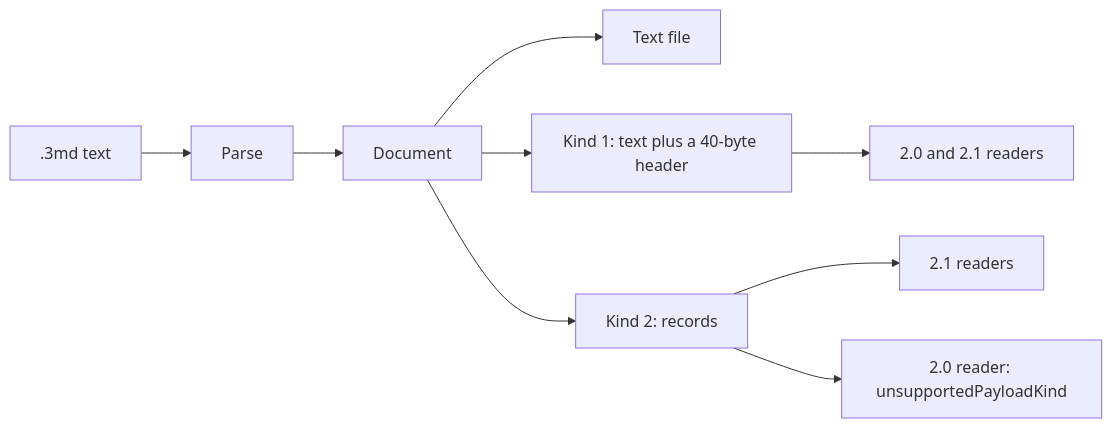
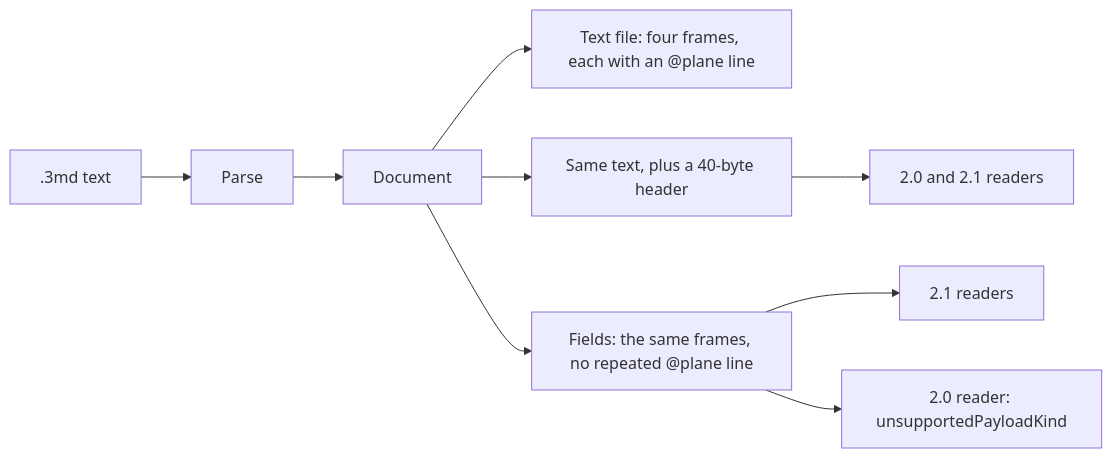
Before and after one commit to CorvidLabs/3md: the first of 2 diagrams in README.md, drawn with Mermaid. The commit also changed other lines of this file and 6 other files, not shown here.

First line of the commit message:
Fix: show the bouncing dot's four frames as the field save

````diff
--- a/README.md
+++ b/README.md
@@ -125,11 +122,11 @@
 ```mermaid
 flowchart LR
   source[".3md text"] --> parsed[Parse]
   parsed --> document[Document]
-  document --> textOut["Text file"]
-  document --> kind1["Kind 1: text plus a 40-byte header"]
-  document --> kind2["Kind 2: records"]
+  document --> textOut["Text file: four frames, each with an @plane line"]
+  document --> kind1["Same text, plus a 40-byte header"]
+  document --> kind2["Fields: the same frames, no repeated @plane line"]
   kind1 --> both["2.0 and 2.1 readers"]
   kind2 --> current["2.1 readers"]
   kind2 --> legacy["2.0 reader: unsupportedPayloadKind"]
 ```
````
